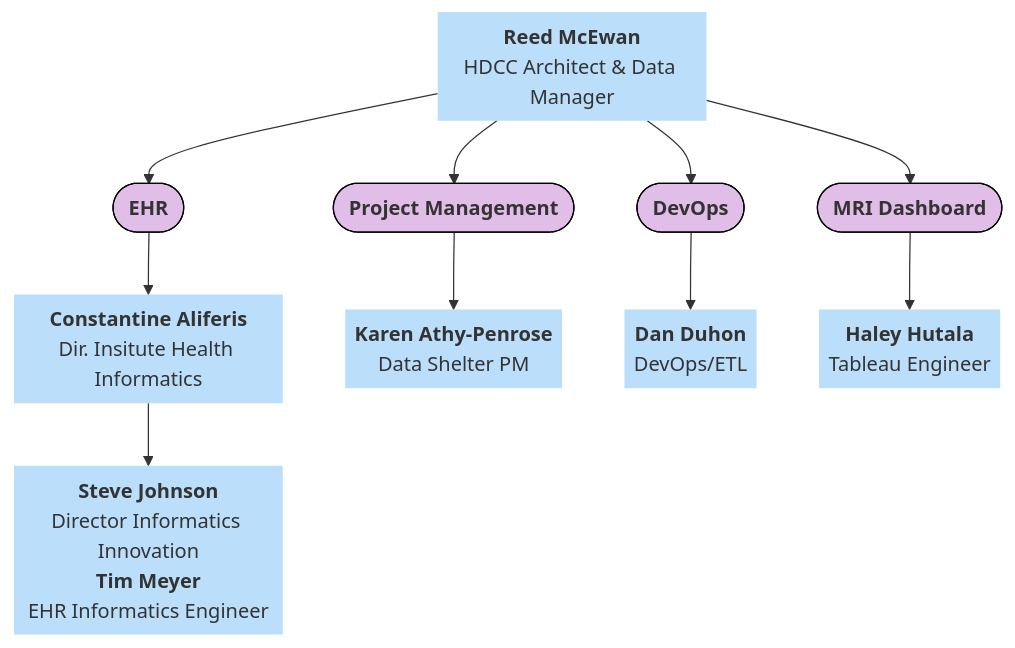
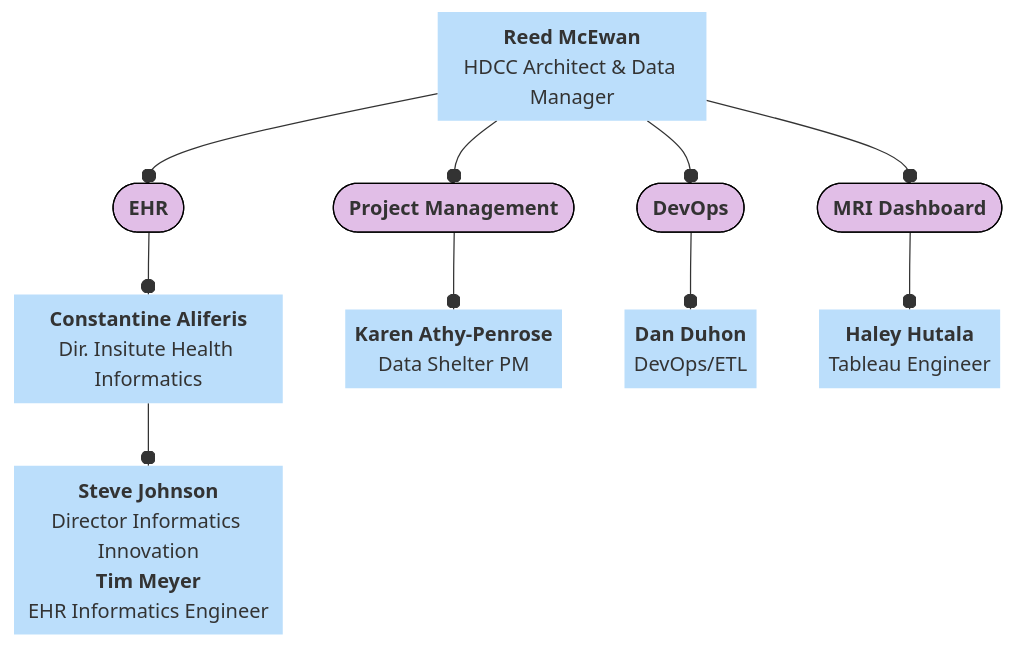
The sixth of 11 diagrams in docs/orgcharts.md (DCAN-Labs/hbcd-docs-internal), drawn with Mermaid before and after one commit. The commit also changed other lines of this file, not shown here.

````diff
--- a/docs/orgcharts.md
+++ b/docs/orgcharts.md
@@ -434,29 +434,29 @@
 ```mermaid
 ---
 config:
   layout: dagre
 ---
 flowchart TB
-    B["<b>Reed McEwan</b><br>HDCC Architect &amp; Data Manager"] --> n1(["<b>Project Management</b>"]) & n2(["<b>DevOps</b>"]) & n3(["<b>MRI Dashboard</b>"]) & n4(["<b>EHR</b>"])
-    H["<b>Constantine Aliferis</b><br>Dir. Insitute Health Informatics"] --> I["<b>Steve Johnson</b><br>Director Informatics Innovation<br><b>Tim Meyer</b><br>EHR Informatics Engineer"]
-    n1 --> E["<b>Karen Athy-Penrose</b><br>Data Shelter PM"]
-    n2 --> F["<b>Dan Duhon</b><br>DevOps/ETL"]
-    n3 --> G["<b>Haley Hutala</b><br>Tableau Engineer"]
-    n4 --> H
+    B["<b>Reed McEwan</b><br>HDCC Architect &amp; Data Manager"] --o n1(["<b>Project Management</b>"]) & n2(["<b>DevOps</b>"]) & n3(["<b>MRI Dashboard</b>"]) & n4(["<b>EHR</b>"])
+    H["<b>Constantine Aliferis</b><br>Dir. Insitute Health Informatics"] --o I["<b>Steve Johnson</b><br>Director Informatics Innovation<br><b>Tim Meyer</b><br>EHR Informatics Engineer"]
+    n1 --o E["<b>Karen Athy-Penrose</b><br>Data Shelter PM"]
+    n2 --o F["<b>Dan Duhon</b><br>DevOps/ETL"]
+    n3 --o G["<b>Haley Hutala</b><br>Tableau Engineer"]
+    n4 --o H
     B@{ shape: text}
     H@{ shape: text}
     I@{ shape: text}
     E@{ shape: text}
     F@{ shape: text}
     G@{ shape: text}
     style B fill:#BBDEFB
     style n1 fill:#E1BEE7,stroke:#000000
     style n2 fill:#E1BEE7,stroke:#000000
     style n3 fill:#E1BEE7,stroke:#000000
     style n4 fill:#E1BEE7,stroke:#000000
     style H fill:#BBDEFB
     style I fill:#BBDEFB
     style E fill:#BBDEFB
     style F fill:#BBDEFB
     style G fill:#BBDEFB
 ```
````
